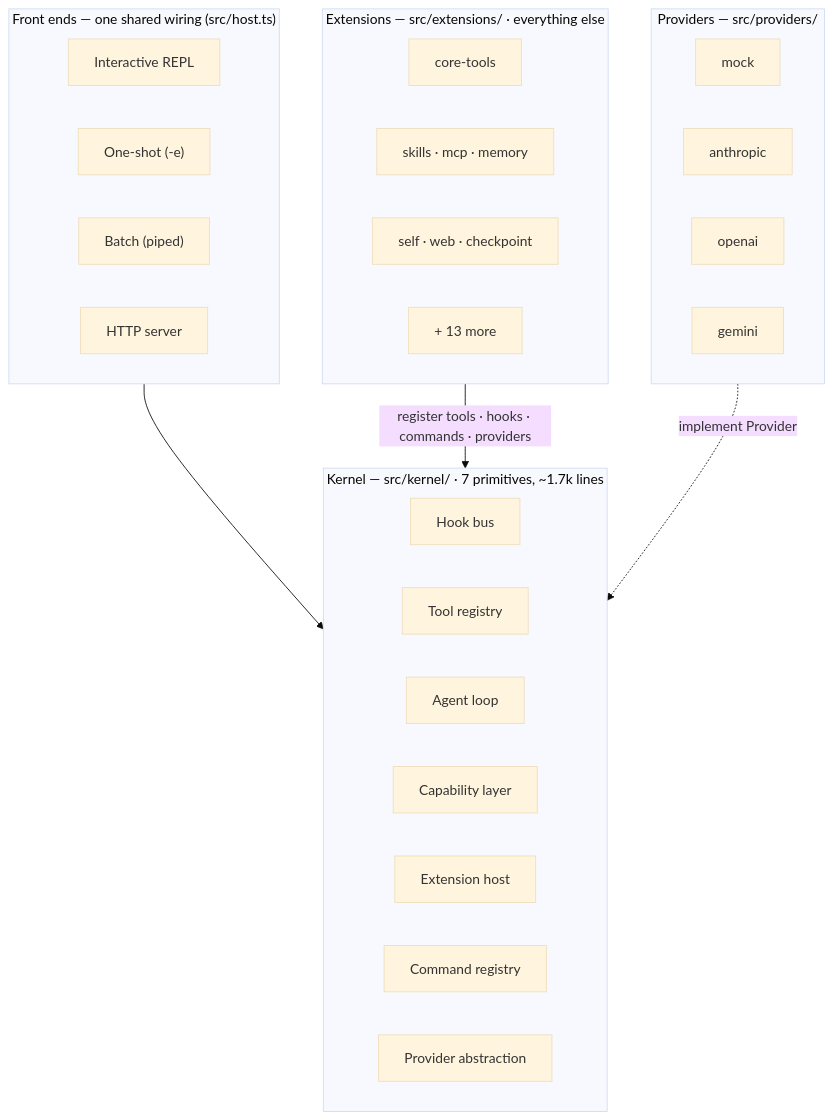
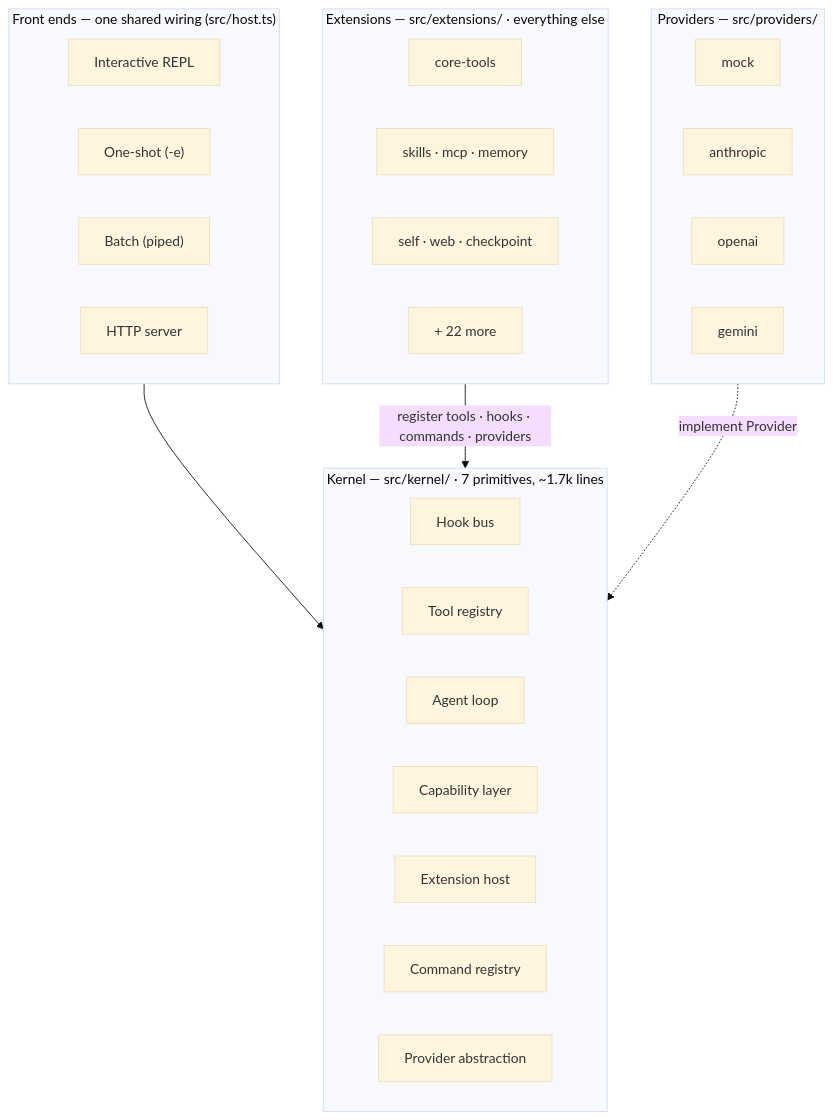
One commit to caohaotiantian/EAgent changed the first of 5 diagrams in README.md. Above: the diagram before and after it, drawn with Mermaid (base theme). The commit also changed other lines of this file and 6 other files, not shown here.

````diff
--- a/README.md
+++ b/README.md
@@ -16,41 +16,41 @@
 ```mermaid
 flowchart TB
     subgraph FE["Front ends — one shared wiring (src/host.ts)"]
         direction LR
         REPL["Interactive REPL"]
         ONE["One-shot (-e)"]
         BATCH["Batch (piped)"]
         HTTP["HTTP server"]
     end
 
     subgraph KERNEL["Kernel — src/kernel/ · 7 primitives, ~1.7k lines"]
         direction LR
         HOOKS["Hook bus"]
         REG["Tool registry"]
         LOOP["Agent loop"]
         CAPS["Capability layer"]
         EXT["Extension host"]
         CMD["Command registry"]
         PROV["Provider abstraction"]
     end
 
     subgraph EXTS["Extensions — src/extensions/ · everything else"]
         direction LR
         X1["core-tools"]
         X2["skills · mcp · memory"]
         X3["self · web · checkpoint"]
-        X4["+ 13 more"]
+        X4["+ 22 more"]
     end
 
     subgraph PROVIDERS["Providers — src/providers/"]
         direction LR
         PM["mock"]
         PA["anthropic"]
         PO["openai"]
         PG["gemini"]
     end
 
     FE --> KERNEL
     EXTS -->|"register tools · hooks · commands · providers"| KERNEL
     PROVIDERS -.->|"implement Provider"| PROV
 ```
````
